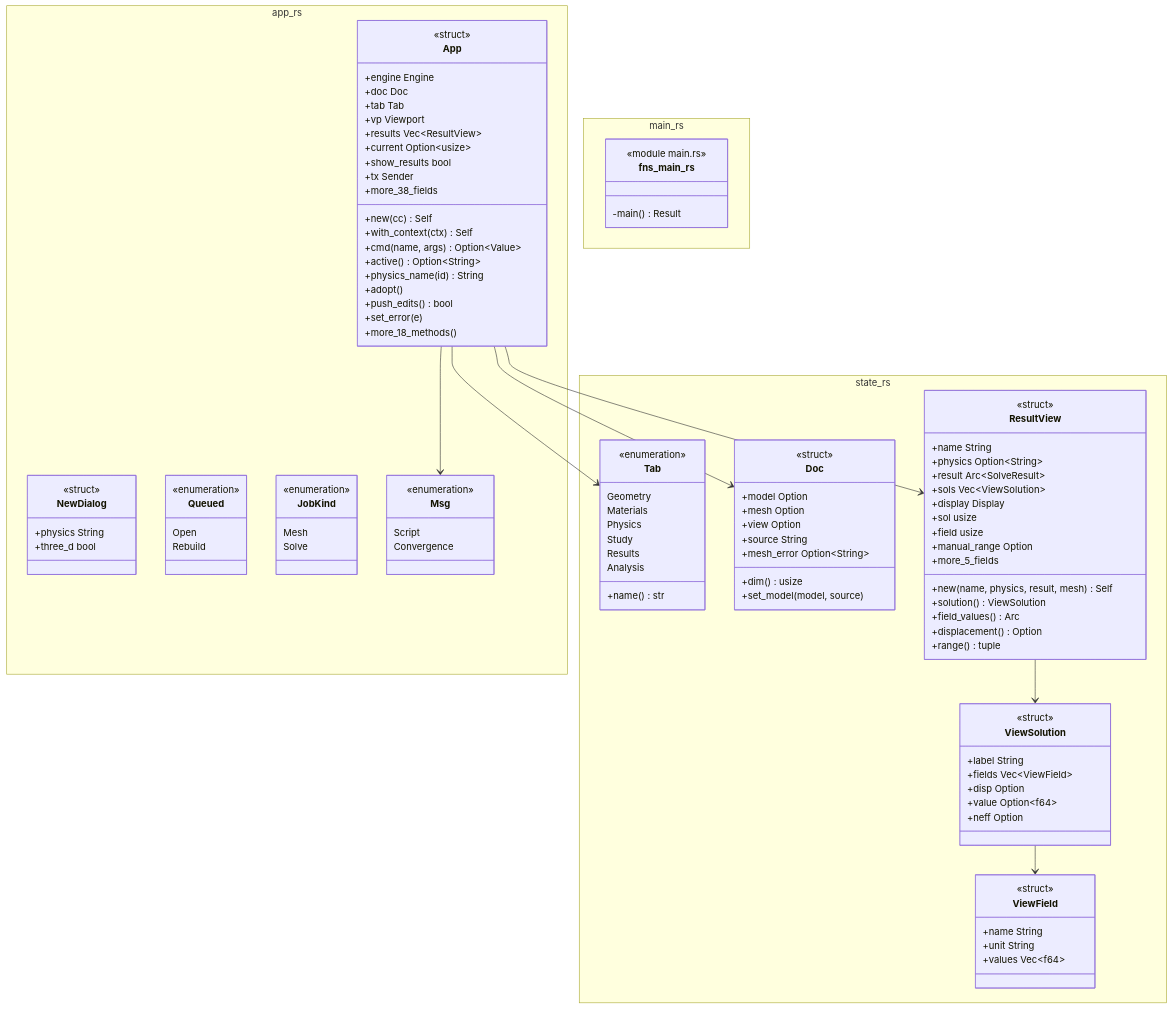
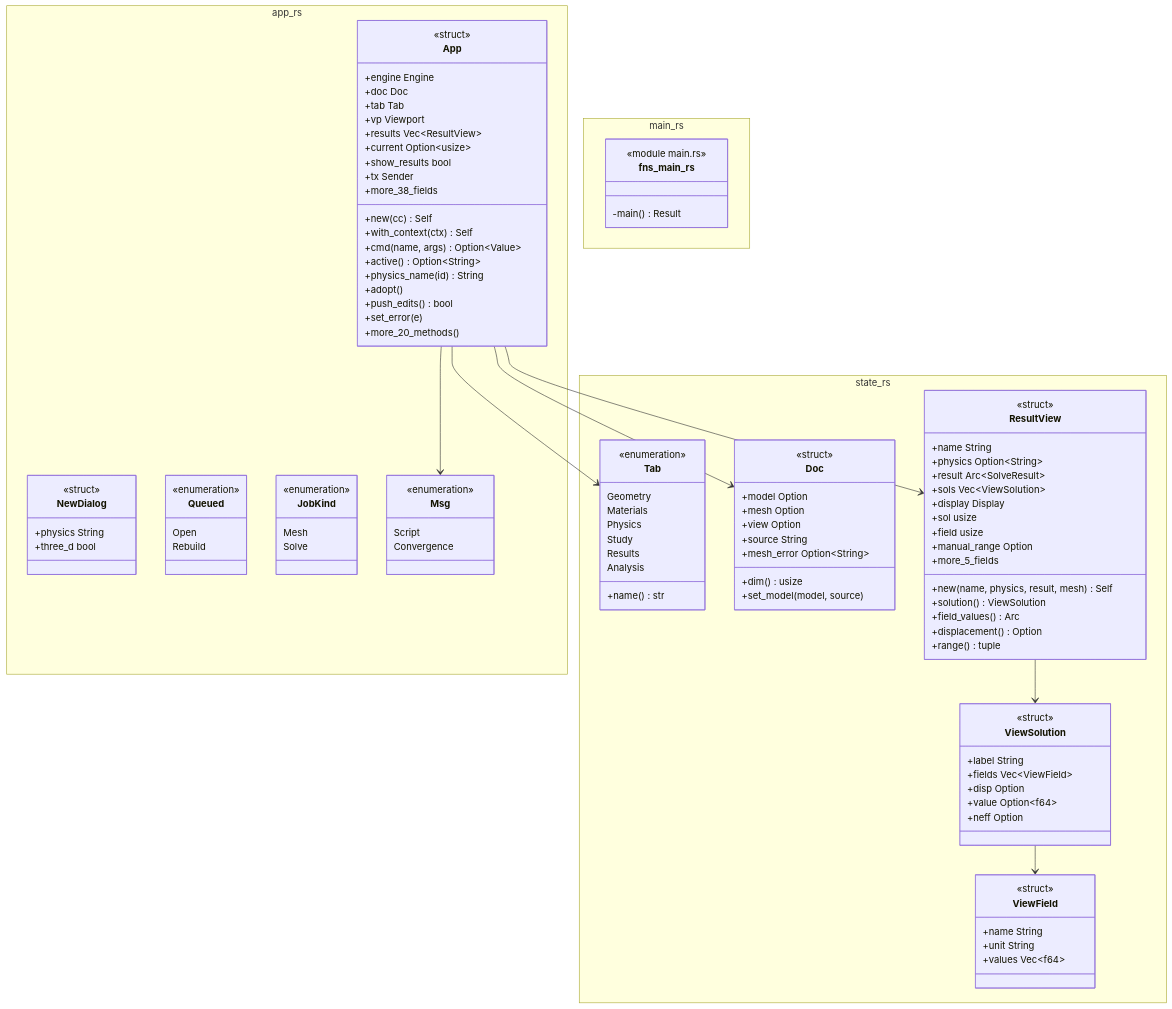
The diagram in docs/architecture/c4/4-code/app/window.md (p-j-r/nyx), drawn with Mermaid before and after one commit. The commit also changed other lines of this file and 31 other files, not shown here.

```diff
--- a/docs/architecture/c4/4-code/app/window.md
+++ b/docs/architecture/c4/4-code/app/window.md
@@ -81,7 +81,7 @@
         +adopt()
         +push_edits() bool
         +set_error(e)
-        +more_18_methods()
+        +more_20_methods()
     }
   }
   namespace main_rs {
```
